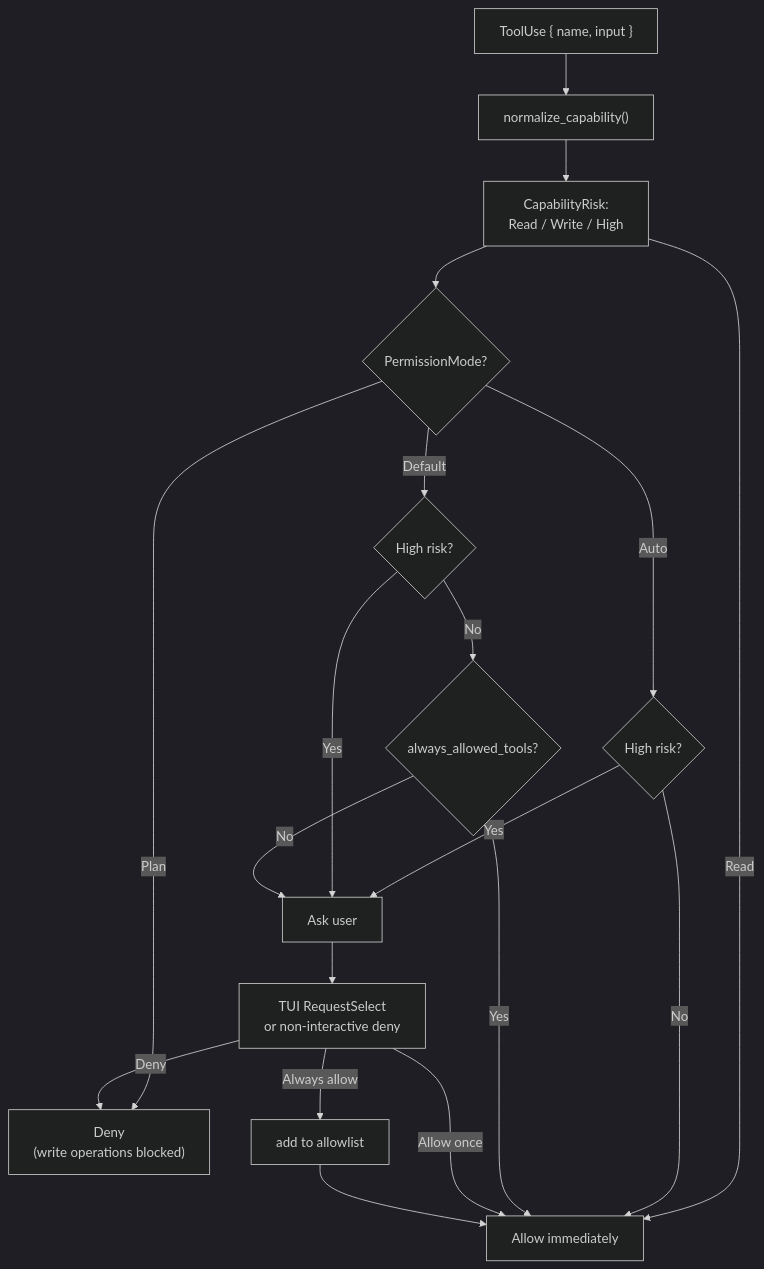
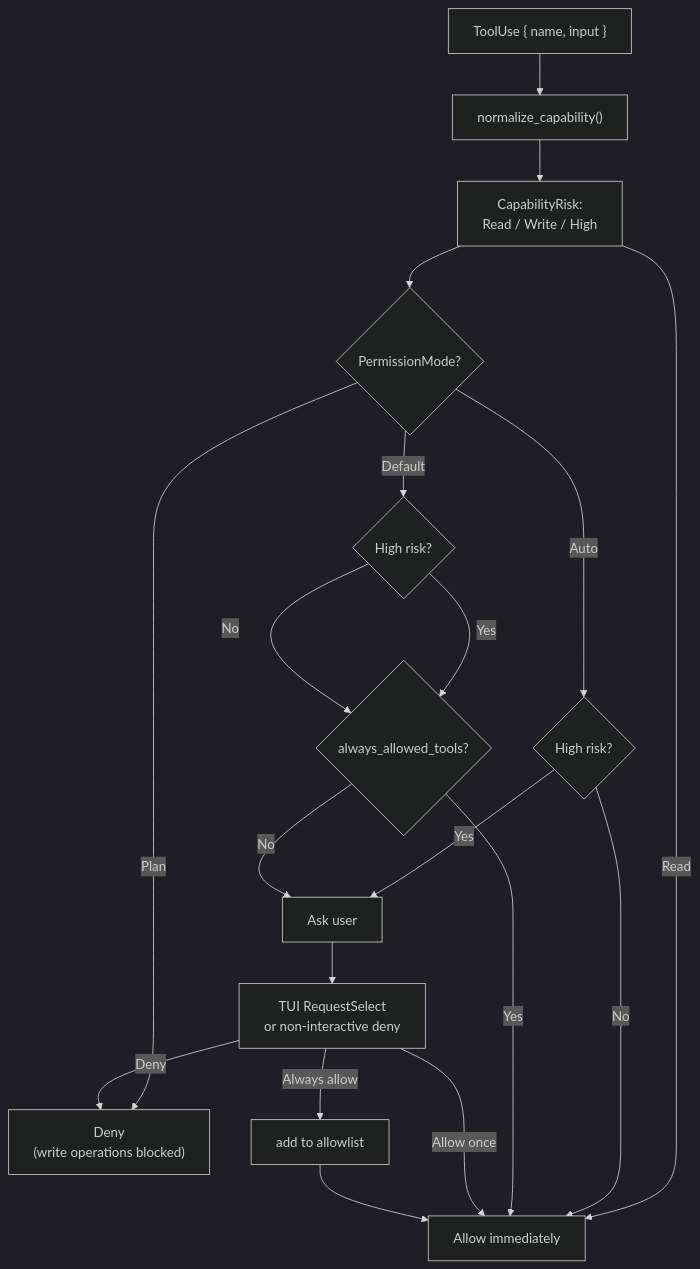
Before and after one commit to rust-infra/tact: the fourth of 10 diagrams in ARCHITECTURE.md, drawn with Mermaid (dark theme). The commit also changed other lines of this file and 16 other files, not shown here.

````diff
--- a/ARCHITECTURE.md
+++ b/ARCHITECTURE.md
@@ -233,27 +233,27 @@
 ```mermaid
 flowchart TD
     ToolCall["ToolUse { name, input }"] --> Normalize["normalize_capability()"]
     Normalize --> Risk["CapabilityRisk:<br/>Read / Write / High"]
 
     Risk -- Read --> Allow["Allow immediately"]
     Risk --> Mode{"PermissionMode?"}
 
     Mode -- Plan --> Deny["Deny<br/>(write operations blocked)"]
     Mode -- Auto --> AutoCheck{"High risk?"}
     Mode -- Default --> DefaultCheck{"High risk?"}
 
     AutoCheck -- Yes --> Ask["Ask user"]
     AutoCheck -- No --> Allow
 
-    DefaultCheck -- Yes --> Ask
-    DefaultCheck -- No --> AlwaysAllowed{"always_allowed_tools?"}
+    DefaultCheck -- Yes --> AlwaysAllowed{"always_allowed_tools?"}
+    DefaultCheck -- No --> AlwaysAllowed
 
     AlwaysAllowed -- Yes --> Allow
     AlwaysAllowed -- No --> Ask
 
     Ask --> UserChoice["TUI RequestSelect<br/>or non-interactive deny"]
     UserChoice -- Allow once --> Allow
     UserChoice -- Always allow --> Update["add to allowlist"]
     Update --> Allow
     UserChoice -- Deny --> Deny
 ```
````
